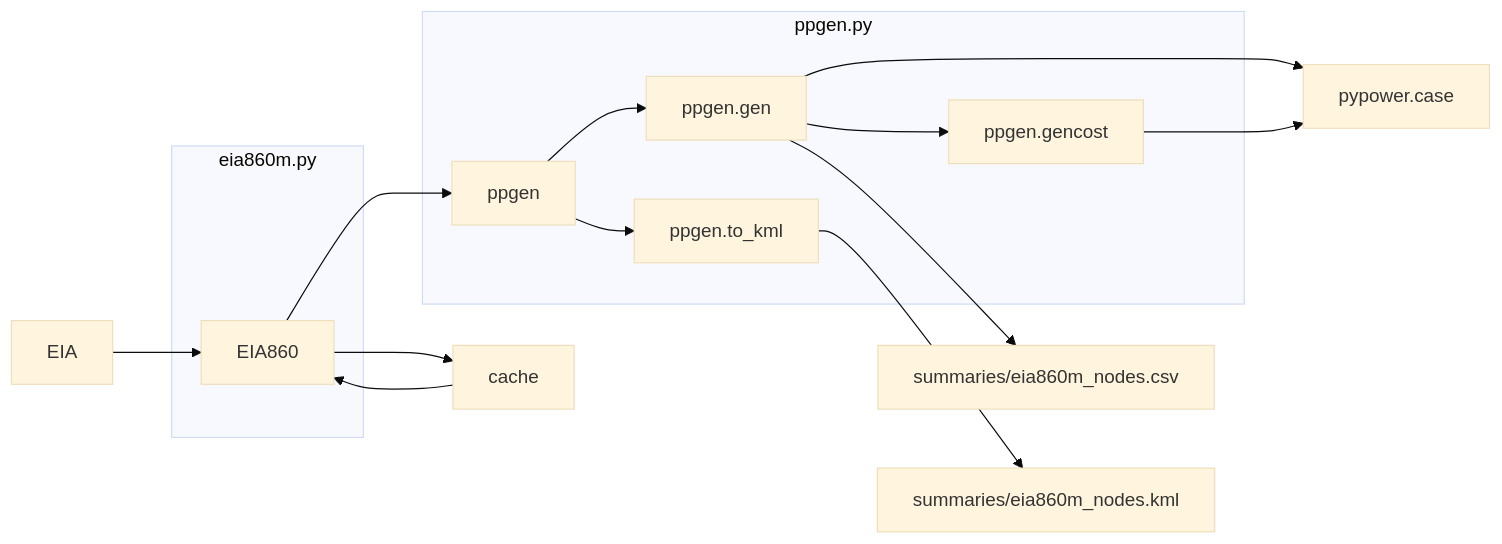
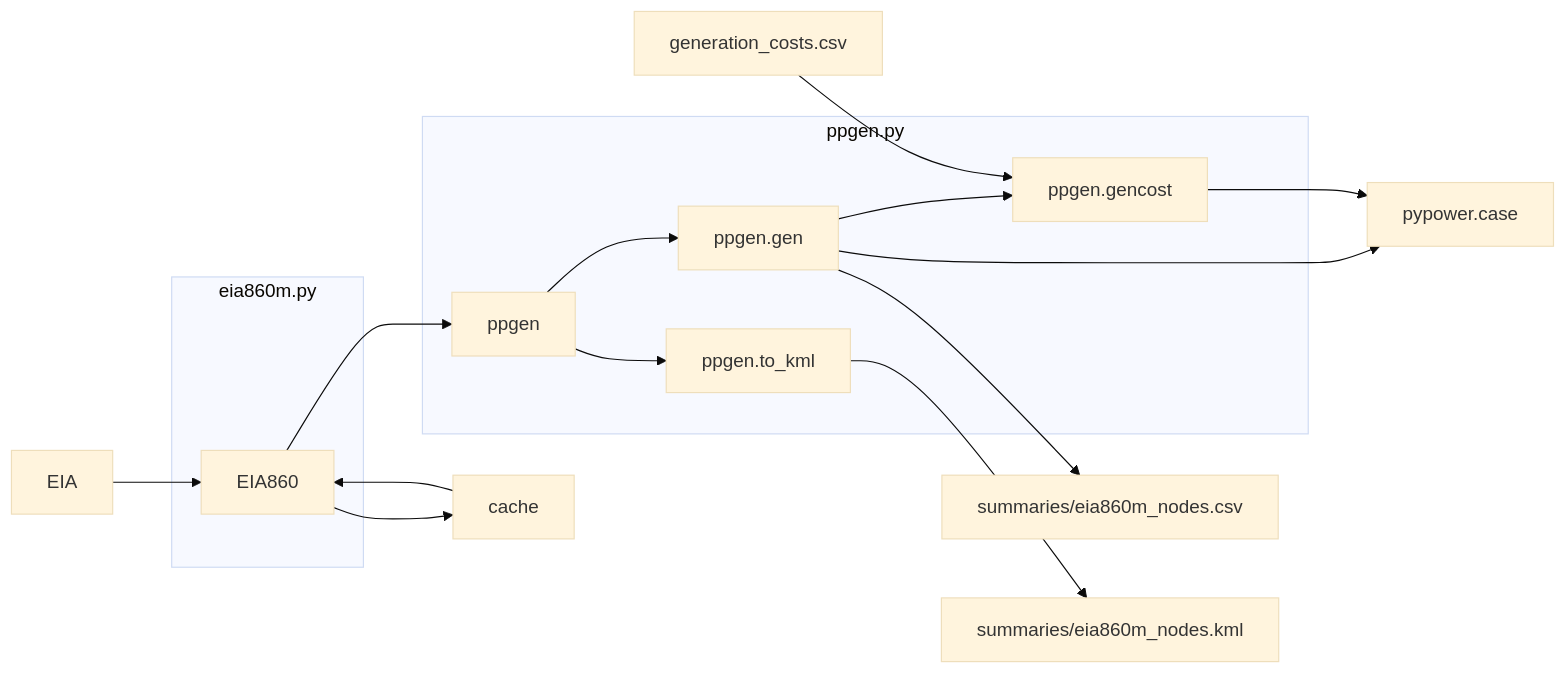
One commit to slacgismo/regrow changed the sixth of 7 diagrams in pypower/README.md. Above: the diagram before and after it, drawn with Mermaid (base theme).

````diff
--- a/pypower/README.md
+++ b/pypower/README.md
@@ -295,25 +295,27 @@
 ```mermaid
 flowchart LR
 
     EIA --> EIA860
 
     subgraph eia860m.py
         EIA860
     end
 
     EIA860 --> cache
     cache --> EIA860
 
     EIA860 --> ppgen
 
     subgraph ppgen.py
         ppgen --> ppgen.gen
         ppgen.gen --> ppgen.gencost
         ppgen --> ppgen.to_kml
     end
 
+    generation_costs.csv --> ppgen.gencost
+
     ppgen.gen --> summaries/eia860m_nodes.csv
     ppgen.gen --> pypower.case
     ppgen.gencost --> pypower.case
     ppgen.to_kml --> summaries/eia860m_nodes.kml
 ```
````
